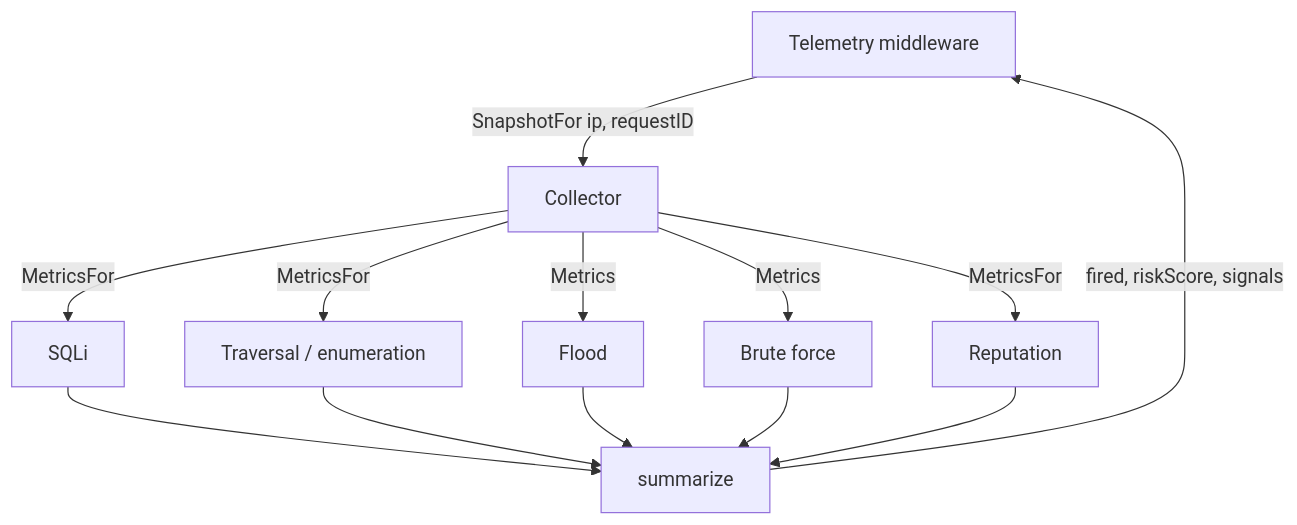
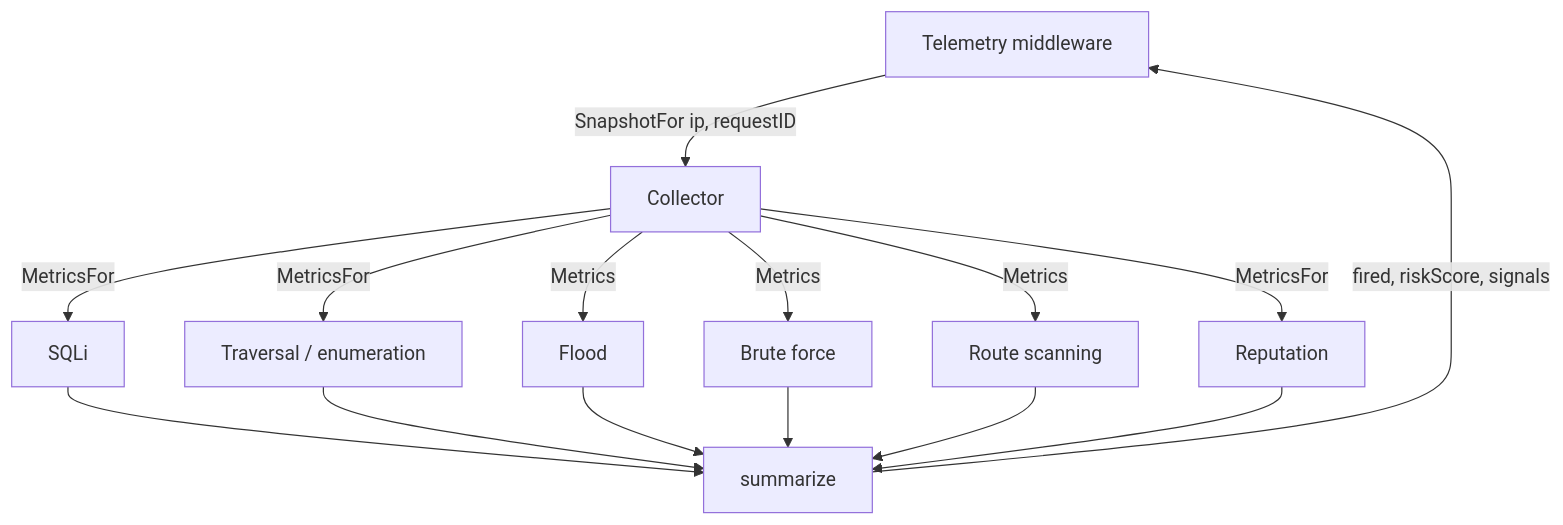
Before and after one commit to Adnan-Safdari/Intelligent_API_Security_Gateway: the diagram in gateway/docs/detection-signals.md, drawn with Mermaid. The commit also changed other lines of this file and 26 other files, not shown here.

````diff
--- a/gateway/docs/detection-signals.md
+++ b/gateway/docs/detection-signals.md
@@ -108,15 +129,19 @@
 ```mermaid
 flowchart TD
     T[Telemetry middleware] -->|SnapshotFor ip, requestID| C[Collector]
     C -->|MetricsFor| SQ[SQLi]
     C -->|MetricsFor| TR[Traversal / enumeration]
     C -->|Metrics| FL[Flood]
     C -->|Metrics| BF[Brute force]
+
+    C -->|Metrics| RS[Route scanning]
     C -->|MetricsFor| RP[Reputation]
     SQ --> S[summarize]
     TR --> S
     FL --> S
     BF --> S
+
+    RS --> S
     RP --> S
     S -->|fired, riskScore, signals| T
 ```
````
